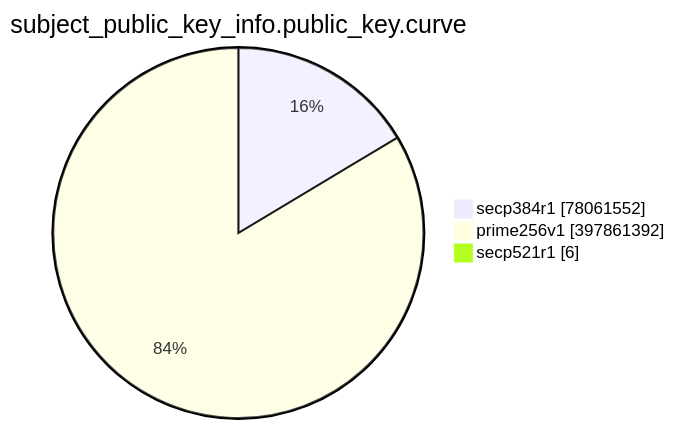
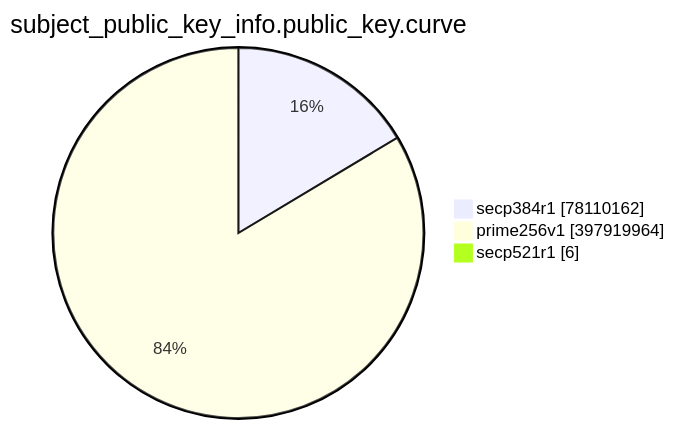
The eighth of 15 diagrams in TOTAL/README.md (christiankrug/ctmonitor_visualization), drawn with Mermaid before and after one commit. The commit also changed other lines of this file, not shown here.

````diff
--- a/TOTAL/README.md
+++ b/TOTAL/README.md
@@ -3095,7 +3095,7 @@
 ```mermaid
 pie showData
 title subject_public_key_info.public_key.curve
-"secp384r1" :78061552
-"prime256v1" :397861392
+"secp384r1" :78110162
+"prime256v1" :397919964
 "secp521r1" :6
 ```
````
